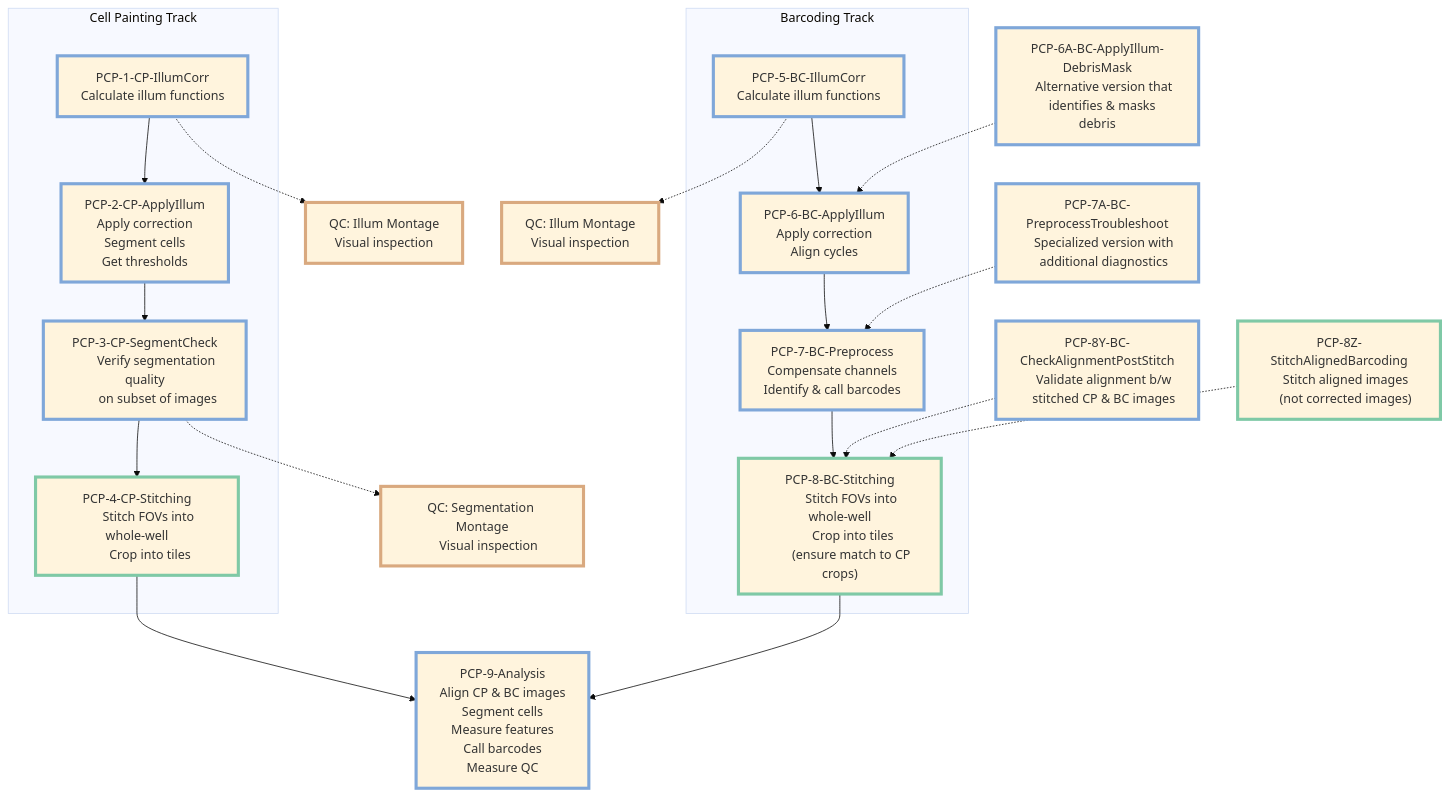
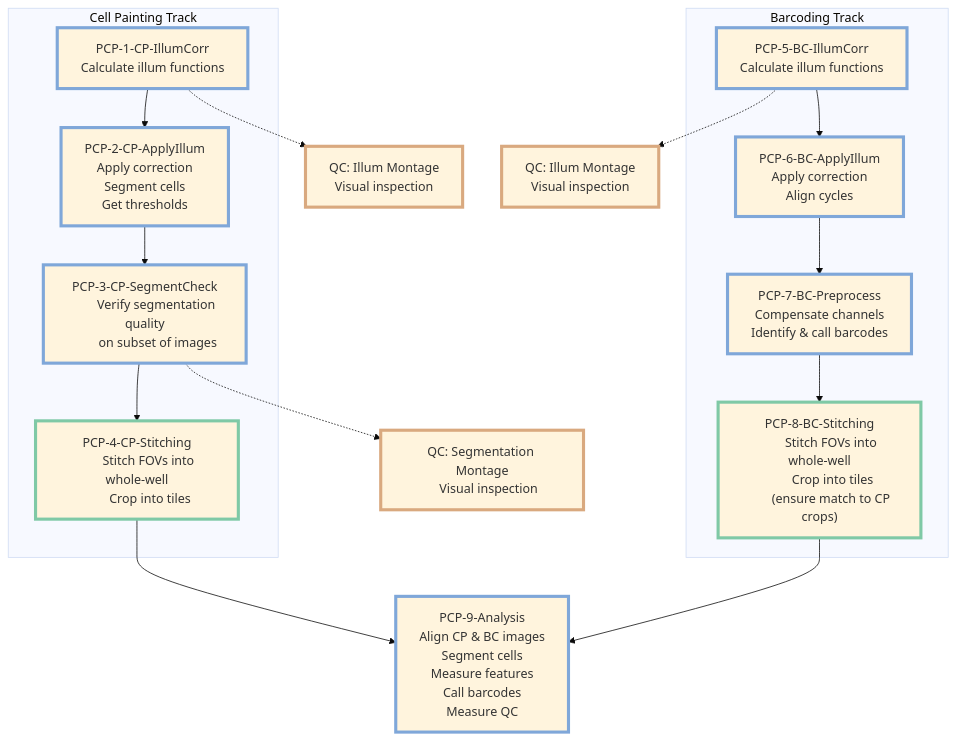
One commit to broadinstitute/nf-pooled-cellpainting-assets changed the diagram in pcpip/README.md. Above: the diagram before and after it, drawn with Mermaid (base theme).

Commit message:
docs: drop absent pipelines

````diff
--- a/pcpip/README.md
+++ b/pcpip/README.md
@@ -98,74 +98,58 @@
 ```mermaid
 flowchart TD
     %% Main pipelines with detailed descriptions
     subgraph "Cell Painting Track"
         PCP1["PCP-1-CP-IllumCorr
         Calculate illum functions"] -->
         PCP2["PCP-2-CP-ApplyIllum
         Apply correction
         Segment cells
         Get thresholds"] -->
         PCP3["PCP-3-CP-SegmentCheck
         Verify segmentation quality
         on subset of images"]
         PCP3 --> PCP4["PCP-4-CP-Stitching
         Stitch FOVs into whole-well
         Crop into tiles"]
     end
 
     subgraph "Barcoding Track"
         PCP5["PCP-5-BC-IllumCorr
         Calculate illum functions"] -->
         PCP6["PCP-6-BC-ApplyIllum
         Apply correction
         Align cycles"] -->
         PCP7["PCP-7-BC-Preprocess
         Compensate channels
         Identify & call barcodes"] -->
         PCP8["PCP-8-BC-Stitching
         Stitch FOVs into whole-well
         Crop into tiles
         (ensure match to CP crops)"]
     end
 
     PCP4 & PCP8 --> PCP9["PCP-9-Analysis
         Align CP & BC images
         Segment cells
         Measure features
         Call barcodes
         Measure QC"]
 
-    %% Troubleshooting/specialized pipelines
-    PCP8Y["PCP-8Y-BC-CheckAlignmentPostStitch
-    Validate alignment b/w
-    stitched CP & BC images"] -.-> PCP8
-    PCP8Z["PCP-8Z-StitchAlignedBarcoding
-    Stitch aligned images
-    (not corrected images)"] -.-> PCP8
-
-    PCP7A["PCP-7A-BC-PreprocessTroubleshoot
-    Specialized version with
-    additional diagnostics"] -.-> PCP7
-
-    PCP6A["PCP-6A-BC-ApplyIllum-DebrisMask
-    Alternative version that
-    identifies & masks debris"] -.-> PCP6
-
     PCP1 -.-> QC1["QC: Illum Montage
     Visual inspection"]
 
     PCP3 -.-> QC3["QC: Segmentation Montage
     Visual inspection"]
 
     PCP5 -.-> QC5["QC: Illum Montage
     Visual inspection"]
 
     %% Processing platforms
     classDef cellprofiler stroke:#7fa7d9,stroke-width:4px;
     classDef fiji stroke:#7fc9a6,stroke-width:4px;
     classDef qc stroke:#d9a97f,stroke-width:4px;
 
     class PCP1,PCP2,PCP3,PCP5,PCP6,PCP7,PCP7A,PCP8Y,PCP9,PCP6A cellprofiler
     class PCP4,PCP8,PCP8Z fiji
     class QC1,QC3,QC5 qc
 ```
````
